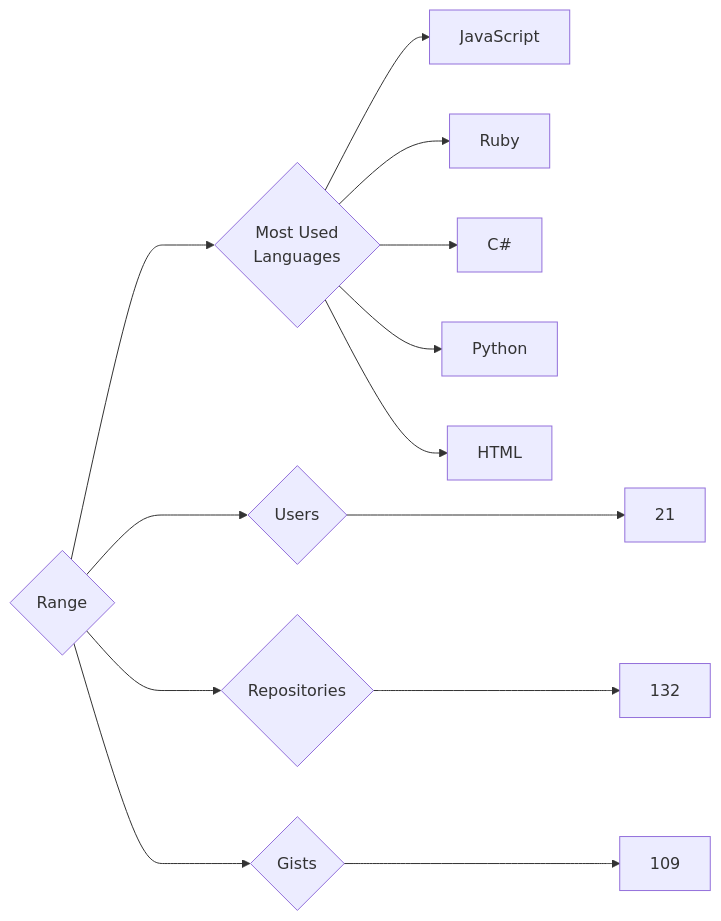
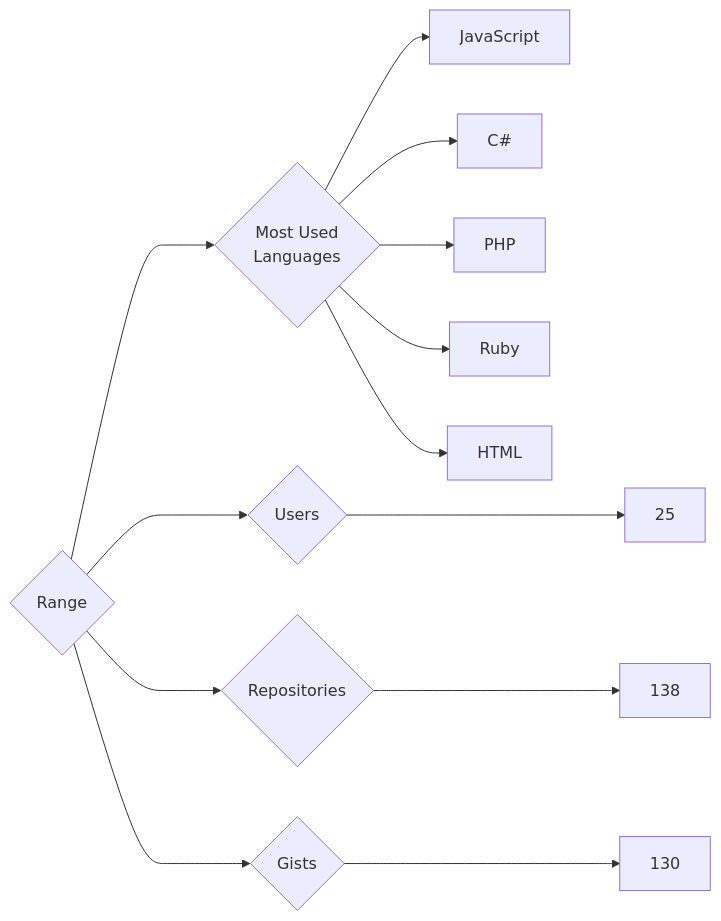
One commit to trickest/insiders changed the diagram in targets/Range/README.md. Above: the diagram before and after it, drawn with Mermaid. The commit also changed 1011 other files, not shown here.

````diff
--- a/targets/Range/README.md
+++ b/targets/Range/README.md
@@ -3,13 +3,13 @@
 ```mermaid
 graph LR
 COMPANY_NAME{Range}
-COMPANY_NAME ---> U{Users} ---> UN[21]
-COMPANY_NAME ---> R{Repositories} ---> RN[132]
-COMPANY_NAME ---> G{Gists} ---> GN[109]
+COMPANY_NAME ---> U{Users} ---> UN[25]
+COMPANY_NAME ---> R{Repositories} ---> RN[138]
+COMPANY_NAME ---> G{Gists} ---> GN[130]
 COMPANY_NAME ---> ML{Most Used<br>Languages}
 ML --> JavaScript[JavaScript]
+ML --> C#[C#]
+ML --> PHP[PHP]
 ML --> Ruby[Ruby]
-ML --> C#[C#]
-ML --> Python[Python]
 ML --> HTML[HTML]
 ```
````
